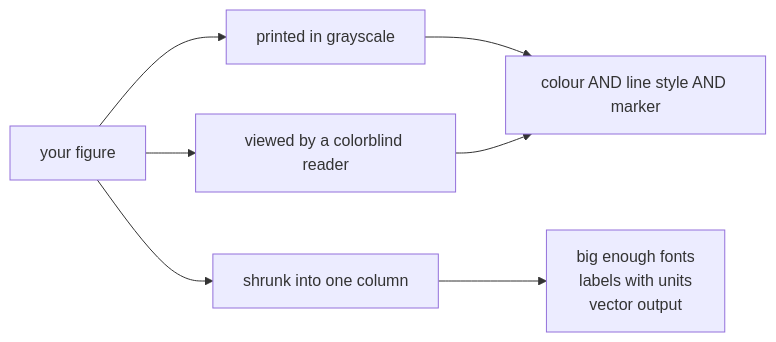
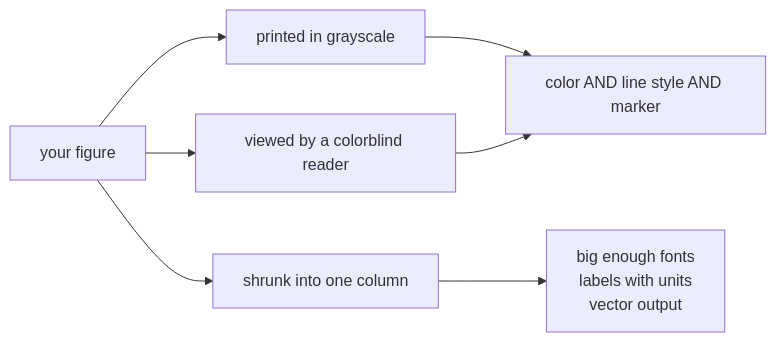
The second of 2 diagrams in Stories/DD.md (mpapka/EdgeNotebook), drawn with Mermaid before and after one commit. The commit also changed other lines of this file and 14 other files, not shown here.

````diff
--- a/Stories/DD.md
+++ b/Stories/DD.md
@@ -84,9 +84,9 @@
 ```mermaid
 flowchart LR
   Fig["your figure"] --> T1["printed in grayscale"]
   Fig --> T2["viewed by a colorblind reader"]
   Fig --> T3["shrunk into one column"]
-  T1 --> Fix1["colour AND line style AND marker"]
+  T1 --> Fix1["color AND line style AND marker"]
   T2 --> Fix1
   T3 --> Fix2["big enough fonts<br/>labels with units<br/>vector output"]
 ```
````
